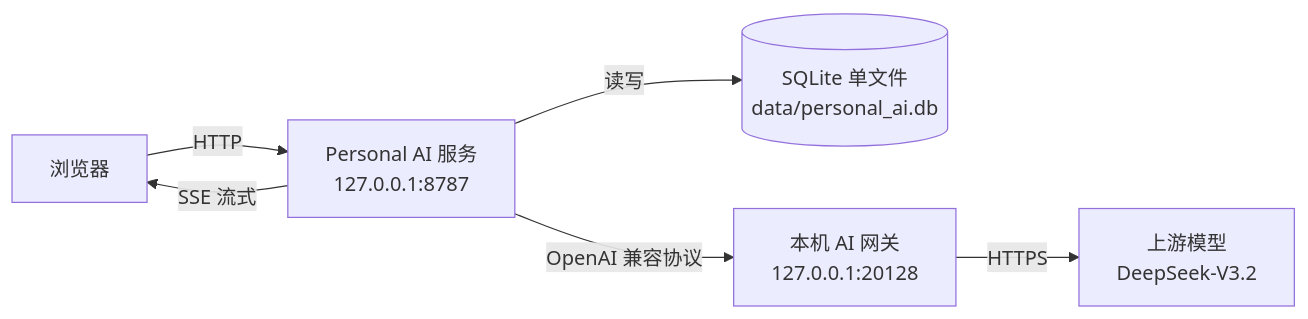
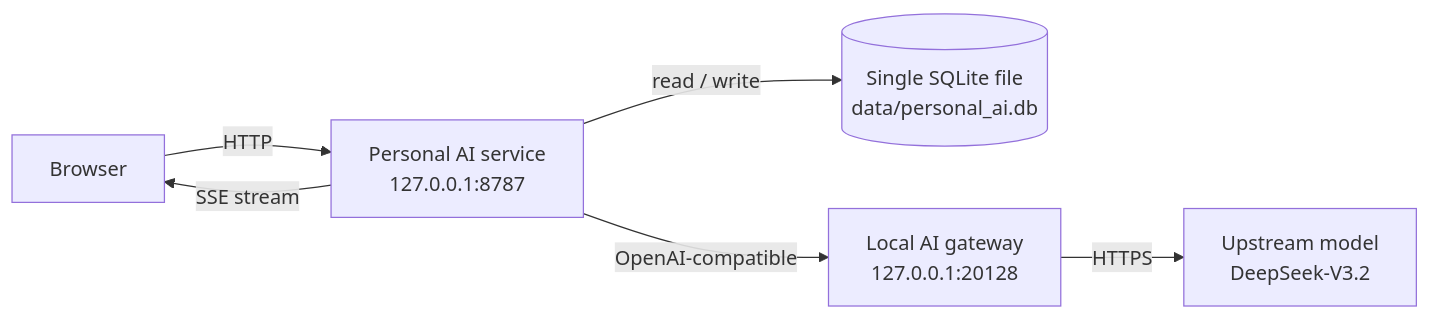
The first of 2 diagrams in README.md (gangrenboqe/personal-ai), drawn with Mermaid before and after one commit. The commit also changed other lines of this file and 20 other files, not shown here.

````diff
--- a/README.md
+++ b/README.md
@@ -25,8 +28,8 @@
 ```mermaid
 flowchart LR
-    B["浏览器"] -->|"HTTP"| S["Personal AI 服务<br/>127.0.0.1:8787"]
-    S -->|"SSE 流式"| B
-    S -->|"读写"| D[("SQLite 单文件<br/>data/personal_ai.db")]
-    S -->|"OpenAI 兼容协议"| G["本机 AI 网关<br/>127.0.0.1:20128"]
-    G -->|"HTTPS"| U["上游模型<br/>DeepSeek-V3.2"]
+    B["Browser"] -->|"HTTP"| S["Personal AI service<br/>127.0.0.1:8787"]
+    S -->|"SSE stream"| B
+    S -->|"read / write"| D[("Single SQLite file<br/>data/personal_ai.db")]
+    S -->|"OpenAI-compatible"| G["Local AI gateway<br/>127.0.0.1:20128"]
+    G -->|"HTTPS"| U["Upstream model<br/>DeepSeek-V3.2"]
 ```
````
